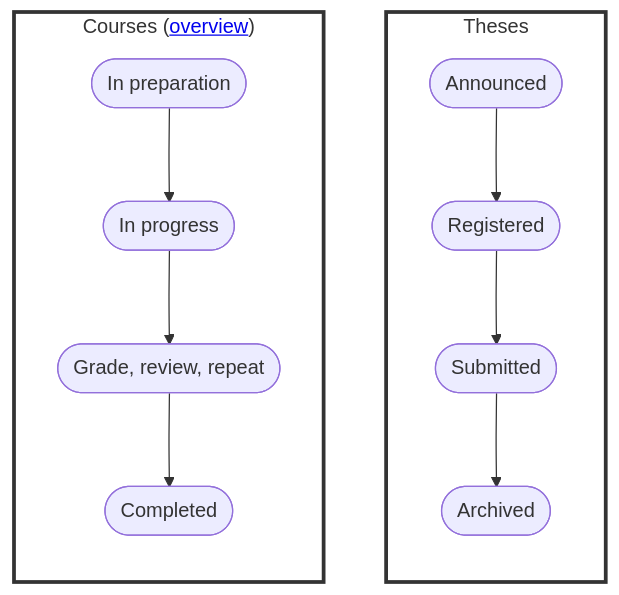
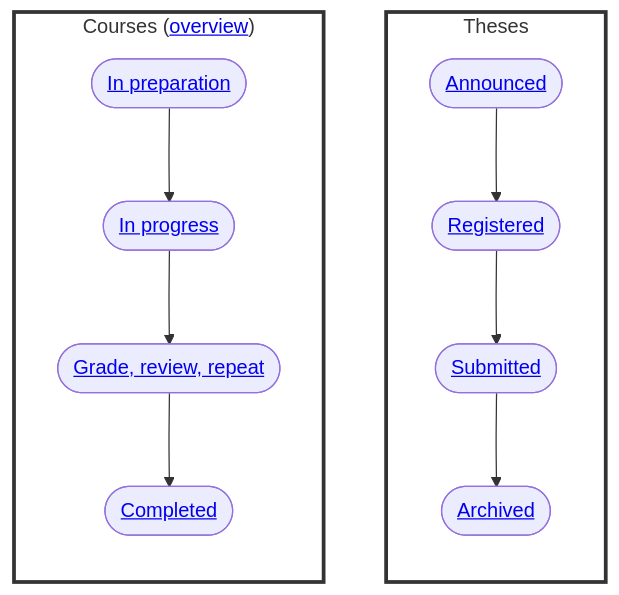
The diagram in docs/30-teaching/index.md (digital-work-lab/handbook), drawn with Mermaid before and after one commit.

````diff
--- a/docs/30-teaching/index.md
+++ b/docs/30-teaching/index.md
@@ -14,17 +14,17 @@
 ```mermaid
 flowchart
     subgraph Theses["Theses"]
         direction TB
-        Announced([Announced]) --> Registered([Registered])
-        Registered --> Submitted([Submitted])
-        Submitted --> Archived([Archived])
+        Announced(["<a href='#announced'>Announced</a>"]) --> Registered(["<a href='#registered'>Registered</a>"])
+        Registered --> Submitted(["<a href='#submitted'>Submitted</a>"])
+        Submitted --> Archived(["<a href='#archived'>Archived</a>"])
     end
     subgraph Courses["Courses (<a href='32_courses'>overview</a>)"]
         direction TB
-        InPreparation([In preparation]) --> InProgress([In progress])
-        InProgress --> GradeReviewRepeat([Grade, review, repeat])
-        GradeReviewRepeat --> Completed([Completed])
+        InPreparation(["<a href='#in-preparation'>In preparation</a>"]) --> InProgress(["<a href='#in-progress'>In progress</a>"])
+        InProgress --> GradeReviewRepeat(["<a href='#grade-review-repeat'>Grade, review, repeat</a>"])
+        GradeReviewRepeat --> Completed(["<a href='#completed'>Completed</a>"])
     end
     style Theses fill:white,stroke:#333,stroke-width:3px
     style Courses fill:white,stroke:#333,stroke-width:3px
 ```
````
